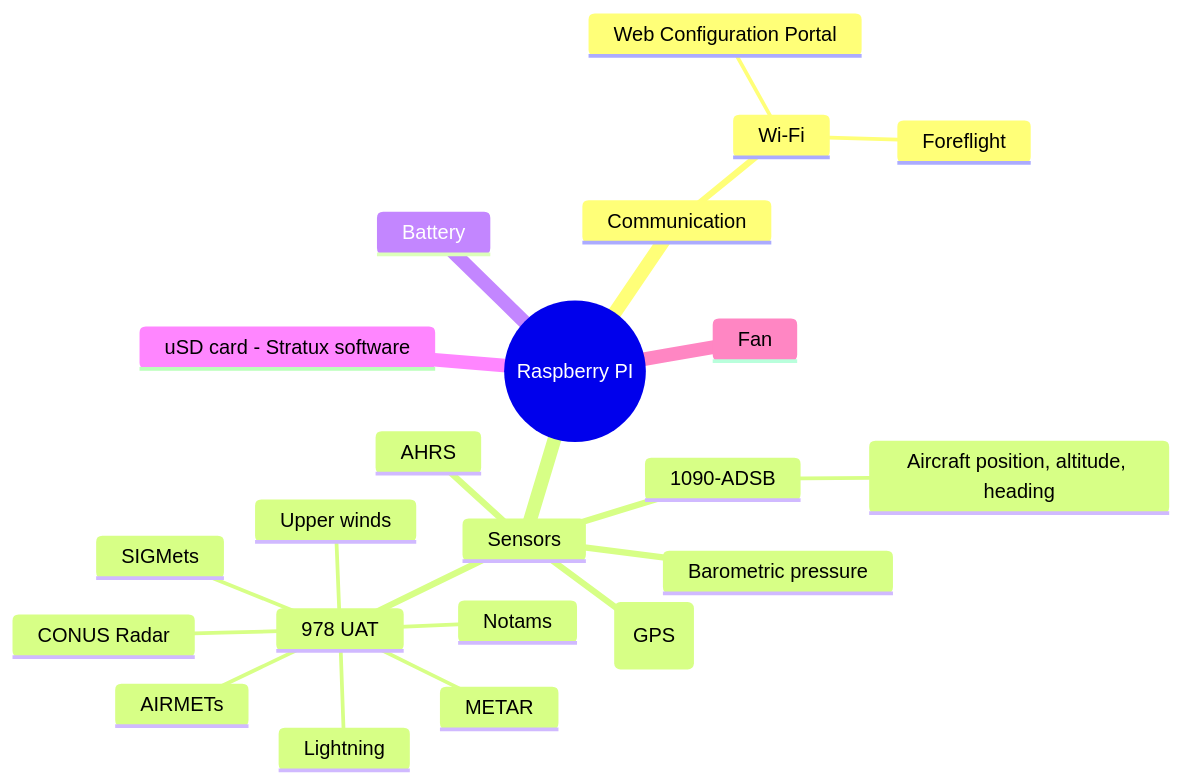
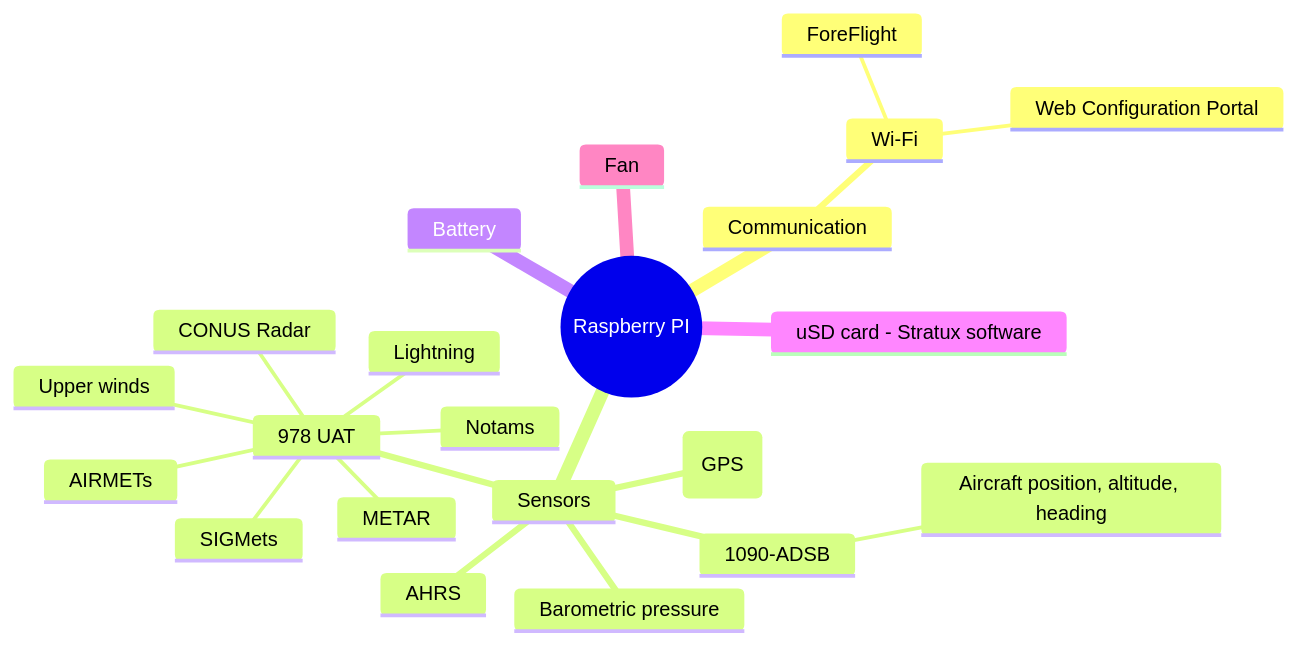
The diagram in README.md (xiaprojects/roastbeef), drawn with Mermaid before and after one commit. The commit also changed other lines of this file, not shown here.

````diff
--- a/README.md
+++ b/README.md
@@ -6,26 +6,26 @@
 ```mermaid
 mindmap
   root((Raspberry PI))
     Communication
         Wi-Fi
-            Foreflight
+            ForeFlight
             ::icon(fa fa-tablet)
             Web Configuration Portal
     Sensors
         GNSS (GPS)
         1090-ADSB
             Aircraft position, altitude, heading
         978 UAT
             METAR
             Notams
             CONUS Radar
             Lightning
             Upper winds
             AIRMETs
             SIGMets
         AHRS
         Barometric pressure
     Battery
     uSD card - Stratux software
     Fan
 ```
````
